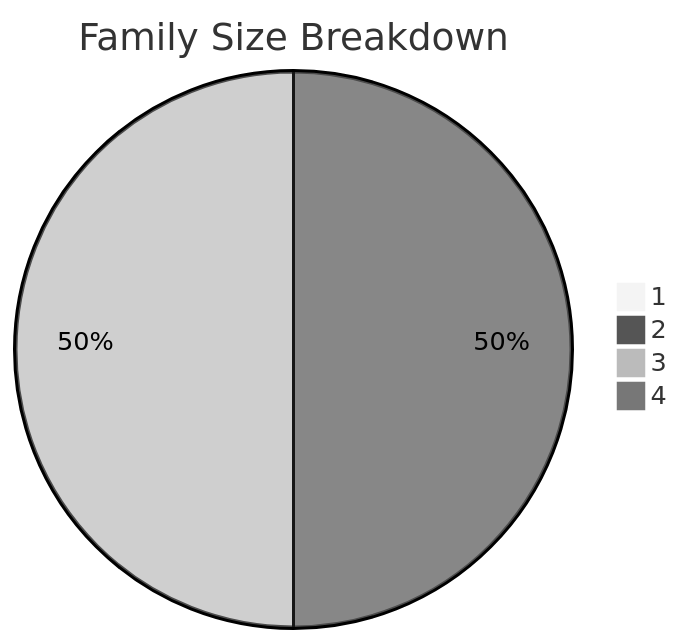
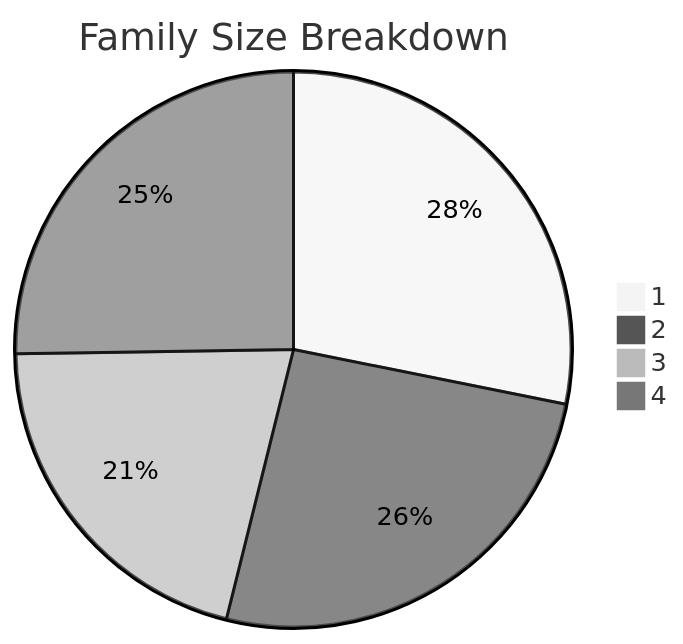
The sixth of 10 diagrams in test-tools/DataGen/src/Statistics_Visualizer.md (dhagan-va/intern-2025), drawn with Mermaid (neutral theme) before and after one commit. The commit also changed other lines of this file and 4 other files, not shown here.

````diff
--- a/test-tools/DataGen/src/Statistics_Visualizer.md
+++ b/test-tools/DataGen/src/Statistics_Visualizer.md
@@ -69,7 +69,7 @@
 ```mermaid
 pie title Family Size Breakdown
-    "1" : 0
-    "2" : 1
-    "3" : 1
-    "4" : 0
+    "1" : 58
+    "2" : 53
+    "3" : 43
+    "4" : 52
 ```
````
